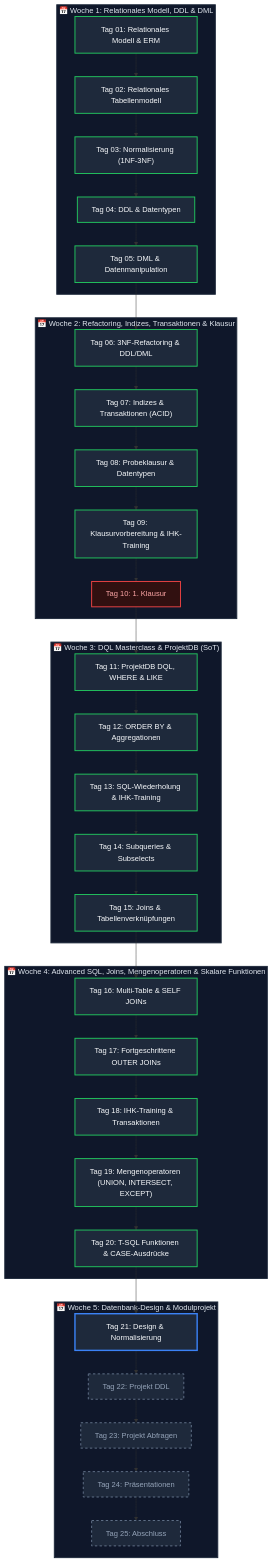
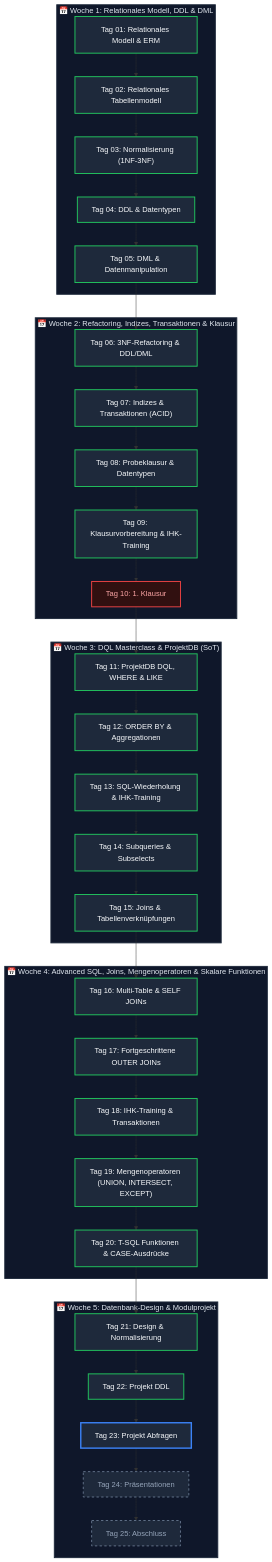
Before and after one commit to T-Boyke/SQL-Fundamentals: the second of 3 diagrams in README.md, drawn with Mermaid. The commit also changed other lines of this file, not shown here.

Commit message:
docs(root): update roadmap and module table for Day 21 and Day 22

````diff
--- a/README.md
+++ b/README.md
@@ -141,60 +141,60 @@
 ```mermaid
 flowchart TD
     subgraph W1["📅 Woche 1: Relationales Modell, DDL & DML"]
         D01["Tag 01: Relationales Modell & ERM"] --> D02["Tag 02: Relationales Tabellenmodell"]
         D02 --> D03["Tag 03: Normalisierung (1NF-3NF)"]
         D03 --> D04["Tag 04: DDL & Datentypen"]
         D04 --> D05["Tag 05: DML & Datenmanipulation"]
     end
 
     subgraph W2["📅 Woche 2: Refactoring, Indizes, Transaktionen & Klausur"]
         D06["Tag 06: 3NF-Refactoring & DDL/DML"] --> D07["Tag 07: Indizes & Transaktionen (ACID)"]
         D07 --> D08["Tag 08: Probeklausur & Datentypen"]
         D08 --> D09["Tag 09: Klausurvorbereitung & IHK-Training"]
         D09 --> D10["Tag 10: 1. Klausur"]
     end
 
     subgraph W3["📅 Woche 3: DQL Masterclass & ProjektDB (SoT)"]
         D11["Tag 11: ProjektDB DQL, WHERE & LIKE"] --> D12["Tag 12: ORDER BY & Aggregationen"]
         D12 --> D13["Tag 13: SQL-Wiederholung & IHK-Training"]
         D13 --> D14["Tag 14: Subqueries & Subselects"]
         D14 --> D15["Tag 15: Joins & Tabellenverknüpfungen"]
     end
 
     subgraph W4["📅 Woche 4: Advanced SQL, Joins, Mengenoperatoren & Skalare Funktionen"]
         D16["Tag 16: Multi-Table & SELF JOINs"] --> D17["Tag 17: Fortgeschrittene OUTER JOINs"]
         D17 --> D18["Tag 18: IHK-Training & Transaktionen"]
         D18 --> D19["Tag 19: Mengenoperatoren (UNION, INTERSECT, EXCEPT)"]
         D19 --> D20["Tag 20: T-SQL Funktionen & CASE-Ausdrücke"]
     end
 
     subgraph W5["📅 Woche 5: Datenbank-Design & Modulprojekt"]
         D21["Tag 21: Design & Normalisierung"] --> D22["Tag 22: Projekt DDL"]
         D22 --> D23["Tag 23: Projekt Abfragen"]
         D23 --> D24["Tag 24: Präsentationen"]
         D24 --> D25["Tag 25: Abschluss"]
     end
 
     D05 --> D06
     D10 --> D11
     D15 --> D16
     D20 --> D21
 
     %% Style classes
     classDef completed fill:#1e293b,stroke:#22c55e,stroke-width:2px,color:#f8fafc;
     classDef current fill:#1e293b,stroke:#3b82f6,stroke-width:3px,color:#f8fafc;
     classDef pending fill:#1e293b,stroke:#64748b,stroke-width:2px,stroke-dasharray: 5 5,color:#94a3b8;
     classDef exam fill:#311010,stroke:#ef4444,stroke-width:2px,color:#fca5a5;
 
-    class D01,D02,D03,D04,D05,D06,D07,D08,D09,D11,D12,D13,D14,D15,D16,D17,D18,D19,D20 completed;
-    class D21 current;
-    class D22,D23,D24,D25 pending;
+    class D01,D02,D03,D04,D05,D06,D07,D08,D09,D11,D12,D13,D14,D15,D16,D17,D18,D19,D20,D21,D22 completed;
+    class D23 current;
+    class D24,D25 pending;
     class D10 exam;
 
     %% Subgraph Styles
     style W1 fill:#0f172a,stroke:#1e293b,stroke-width:2px,color:#e2e8f0
     style W2 fill:#0f172a,stroke:#1e293b,stroke-width:2px,color:#e2e8f0
     style W3 fill:#0f172a,stroke:#1e293b,stroke-width:2px,color:#e2e8f0
     style W4 fill:#0f172a,stroke:#1e293b,stroke-width:2px,color:#e2e8f0
     style W5 fill:#0f172a,stroke:#1e293b,stroke-width:2px,color:#e2e8f0
 ```
````
